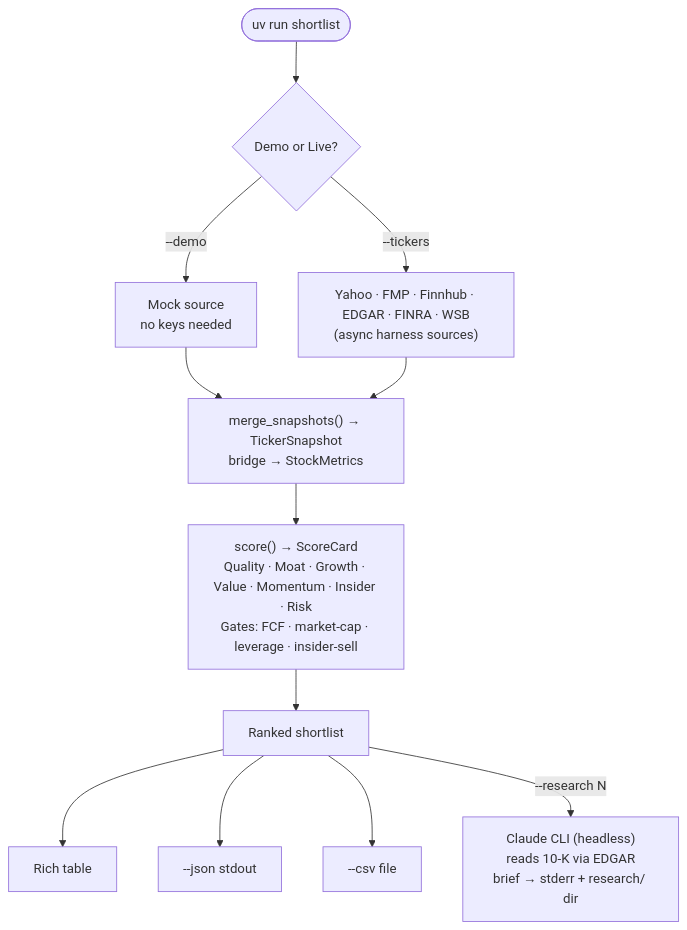
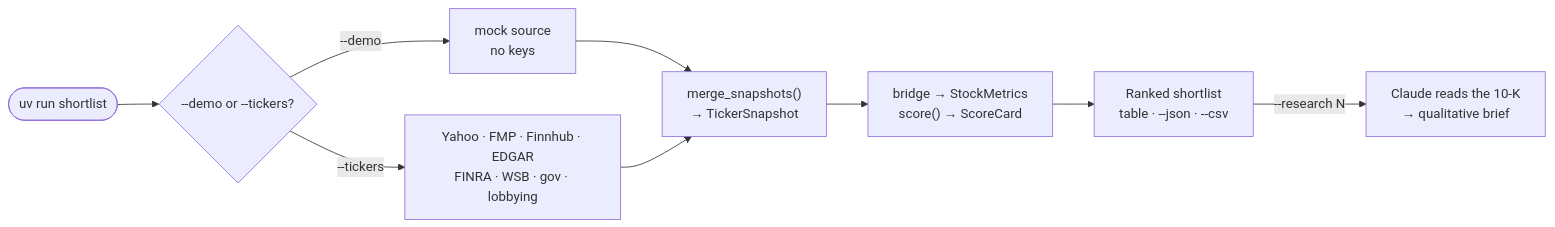
Before and after one commit to christurgeon/shortlist: the diagram in README.md, drawn with Mermaid. The commit also changed other lines of this file and 8 other files, not shown here.

````diff
--- a/README.md
+++ b/README.md
@@ -25,21 +97,11 @@
 ```mermaid
-flowchart TD
-    A(["uv run shortlist"])
-    A --> B{Demo or Live?}
-
-    B -->|"--demo"| C["Mock source\nno keys needed"]
-    B -->|"--tickers"| D["Yahoo · FMP · Finnhub · EDGAR · FINRA · WSB\n(async harness sources)"]
-
-    C --> E["merge_snapshots() → TickerSnapshot\nbridge → StockMetrics"]
+flowchart LR
+    A(["uv run shortlist"]) --> B{"--demo or --tickers?"}
+    B -->|"--demo"| C["mock source<br/>no keys"]
+    B -->|"--tickers"| D["Yahoo · FMP · Finnhub · EDGAR<br/>FINRA · WSB · gov · lobbying"]
+    C --> E["merge_snapshots()<br/>→ TickerSnapshot"]
     D --> E
-
-    E --> F["score() → ScoreCard\nQuality · Moat · Growth · Value · Momentum · Insider · Risk\nGates: FCF · market-cap · leverage · insider-sell"]
-
-    F --> G[Ranked shortlist]
-
-    G --> I[Rich table]
-    G --> J["--json stdout"]
-    G --> K["--csv file"]
-
-    G -->|"--research N"| H["Claude CLI (headless)\nreads 10-K via EDGAR\nbrief → stderr + research/ dir"]
+    E --> F["bridge → StockMetrics<br/>score() → ScoreCard"]
+    F --> G["Ranked shortlist<br/>table · --json · --csv"]
+    G -->|"--research N"| H["Claude reads the 10-K<br/>→ qualitative brief"]
 ```
````
